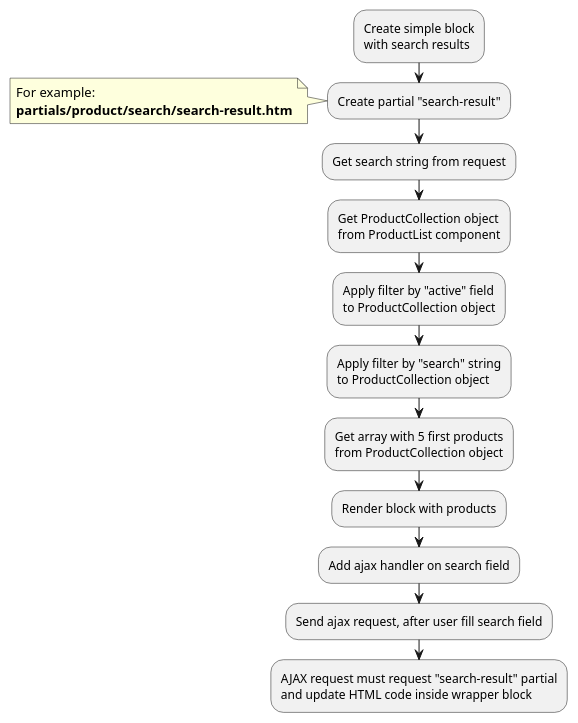
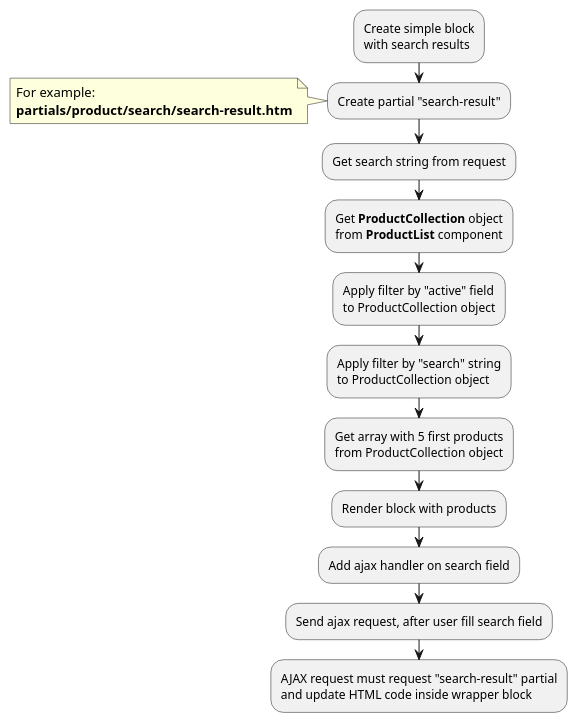
The fifth of 6 diagrams in modules/product/examples.md (oc-shopaholic/oc-shopaholic-docs), drawn with PlantUML before and after one commit. The commit also changed other lines of this file and 5 other files, not shown here.

````diff
--- a/modules/product/examples.md
+++ b/modules/product/examples.md
@@ -356,25 +288,25 @@
 ```plantuml
 @startuml
 :Create simple block
 with search results;
 :Create partial "search-result";
 note left
     For example:
     **partials/product/search/search-result.htm**
 end note
 :Get search string from request;
-:Get ProductCollection object
-from ProductList component;
+:Get **ProductCollection** object
+from **ProductList** component;
 :Apply filter by "active" field
 to ProductCollection object;
 :Apply filter by "search" string
 to ProductCollection object;
 :Get array with 5 first products
 from ProductCollection object;
 :Render block with products;
 :Add ajax handler on search field;
 :Send ajax request, after user fill search field;
 :AJAX request must request "search-result" partial
 and update HTML code inside wrapper block;
 @enduml
 ```
````
